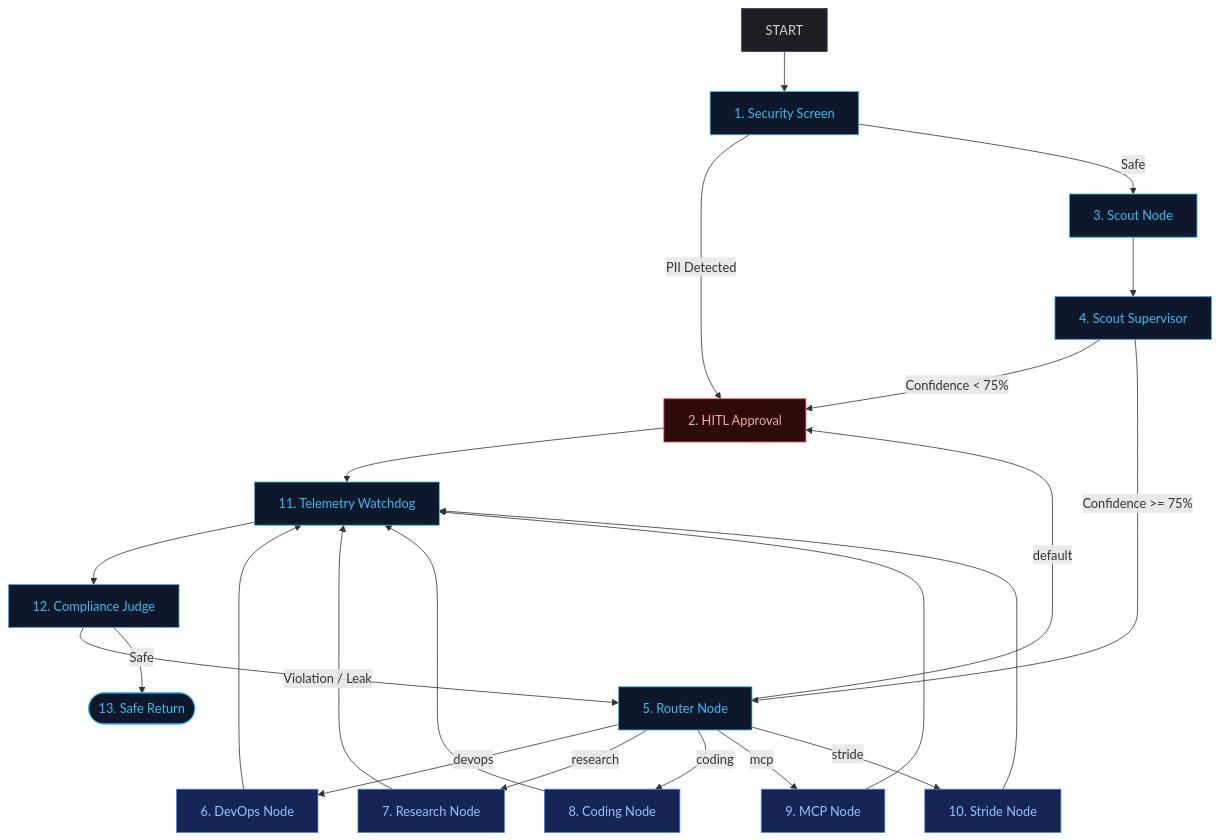
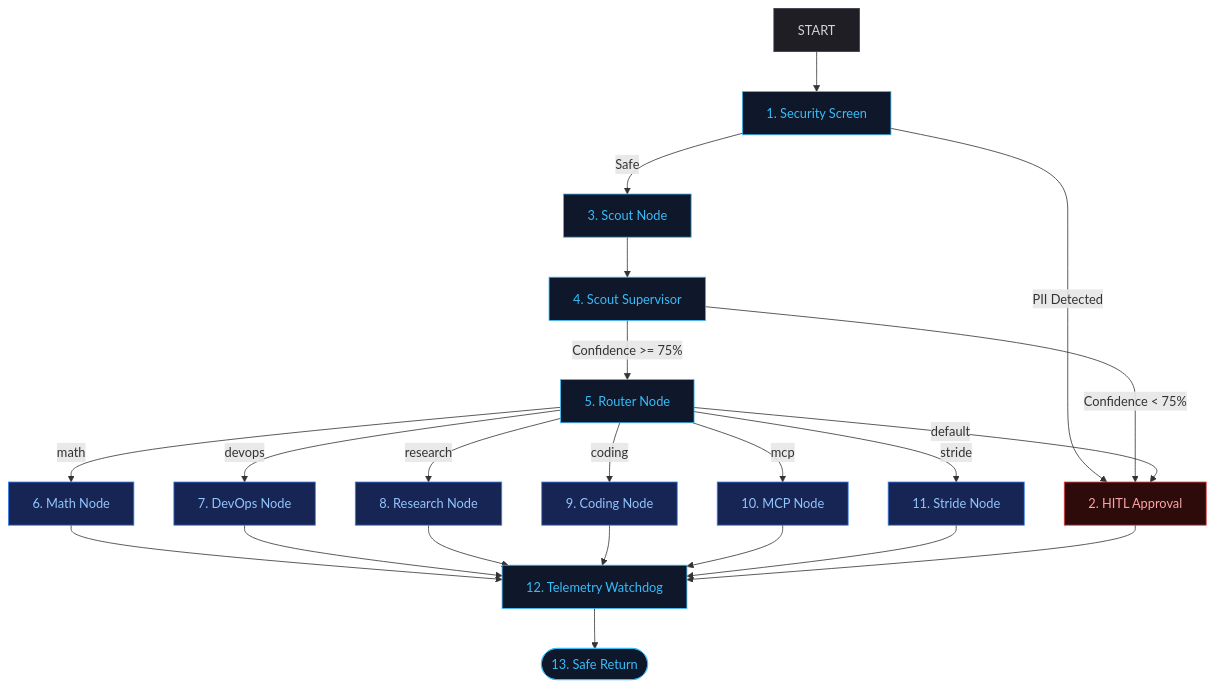
Before and after one commit to ryemyster/capability-arbitrator: the first of 2 diagrams in docs/ARCHITECTURE.md, drawn with Mermaid. The commit also changed other lines of this file and 15 other files, not shown here.

````diff
--- a/docs/ARCHITECTURE.md
+++ b/docs/ARCHITECTURE.md
@@ -21,32 +21,32 @@
 ```mermaid
 graph TD
     classDef default fill:#1e1e24,stroke:#3b3b4f,stroke-width:1px,color:#d4d4d8;
     classDef system fill:#0f172a,stroke:#38bdf8,stroke-width:1px,color:#38bdf8;
     classDef branch fill:#172554,stroke:#3b82f6,stroke-width:1px,color:#93c5fd;
     classDef gate fill:#2d0b0b,stroke:#ef4444,stroke-width:1px,color:#fca5a5;
 
     START --> SecScreen[1. Security Screen]:::system
     SecScreen -->|PII Detected| Approval[2. HITL Approval]:::gate
     SecScreen -->|Safe| Scout[3. Scout Node]:::system
     Scout --> Supervisor[4. Scout Supervisor]:::system
     Supervisor -->|Confidence < 75%| Approval
     Supervisor -->|Confidence >= 75%| Router[5. Router Node]:::system
     
-    Router -->|devops| DevOps[6. DevOps Node]:::branch
-    Router -->|research| Research[7. Research Node]:::branch
-    Router -->|coding| Coding[8. Coding Node]:::branch
-    Router -->|mcp| MCP[9. MCP Node]:::branch
-    Router -->|stride| Stride[10. Stride Node]:::branch
+    Router -->|math| Math[6. Math Node]:::branch
+    Router -->|devops| DevOps[7. DevOps Node]:::branch
+    Router -->|research| Research[8. Research Node]:::branch
+    Router -->|coding| Coding[9. Coding Node]:::branch
+    Router -->|mcp| MCP[10. MCP Node]:::branch
+    Router -->|stride| Stride[11. Stride Node]:::branch
     Router -->|default| Approval
     
-    DevOps --> Watchdog[11. Telemetry Watchdog]:::system
+    Math --> Watchdog[12. Telemetry Watchdog]:::system
+    DevOps --> Watchdog
     Research --> Watchdog
     Coding --> Watchdog
     MCP --> Watchdog
     Stride --> Watchdog
     Approval --> Watchdog
     
-    Watchdog --> Judge[12. Compliance Judge]:::system
-    Judge -->|Violation / Leak| Router
-    Judge -->|Safe| END([13. Safe Return]):::system
+    Watchdog --> END([13. Safe Return]):::system
 ```
````
